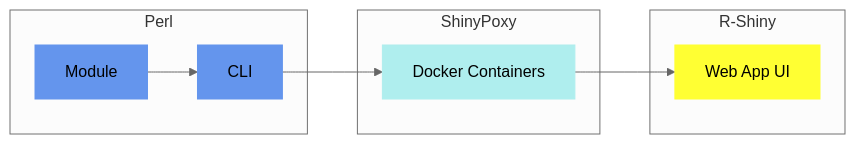
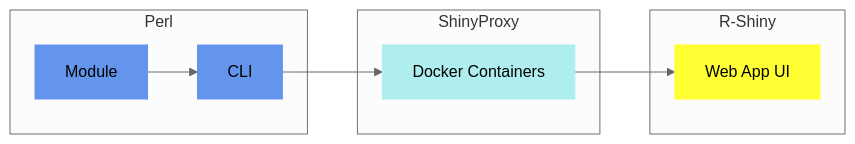
One commit to CNAG-Biomedical-Informatics/pheno-ranker changed the diagram in docs-site/docs/implementation.mdx. Above: the diagram before and after it, drawn with Mermaid. The commit also changed other lines of this file and 29 other files, not shown here.

````diff
--- a/docs-site/docs/implementation.mdx
+++ b/docs-site/docs/implementation.mdx
@@ -11,20 +11,20 @@
 ```mermaid
 %%{init: {'theme':'neutral'}}%%
 graph LR
   subgraph "Perl"
   A[Module]--> B[CLI]
   end
 
-  subgraph "ShinyPoxy"
+  subgraph "ShinyProxy"
   B --> C[Docker Containers]
   end
 
   subgraph "R-Shiny"
   C --> D[Web App UI]
   end
 
   style A fill: #6495ED, stroke: #6495ED
   style B fill: #6495ED, stroke: #6495ED
   style C fill: #AFEEEE, stroke: #AFEEEE
   style D fill: #FFFF33, stroke: #FFFF33
 ```
````
